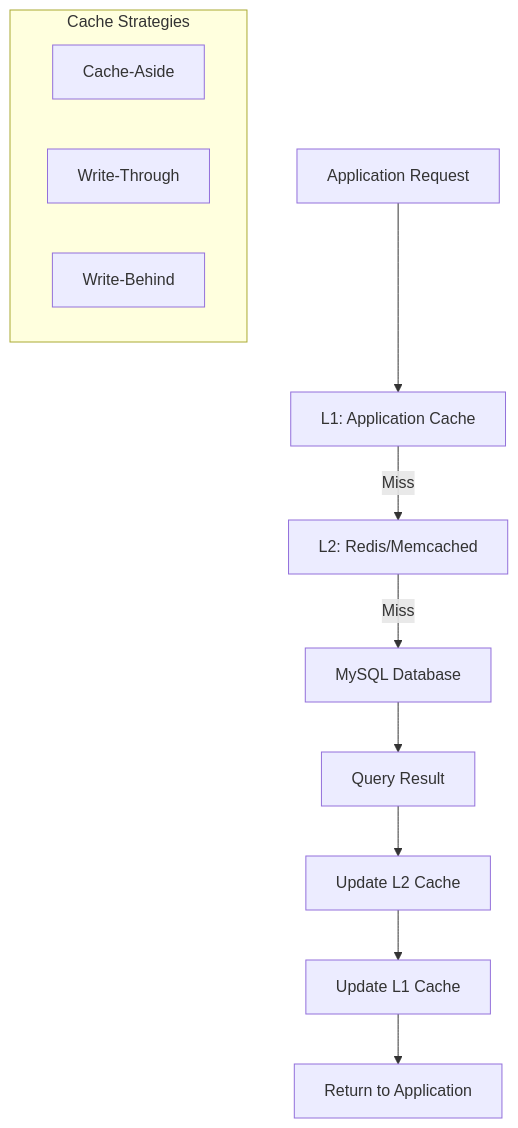
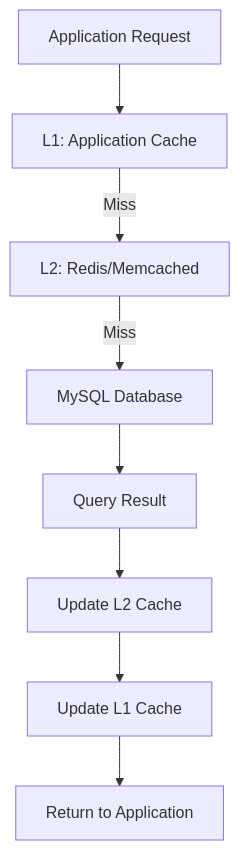
The tenth of 11 diagrams in source/_posts/MySQL-Performance-Optimization-Complete-Guide.md (shayne007/blog), drawn with Mermaid before and after one commit. The commit also changed 5 other files, not shown here.

```diff
--- a/source/_posts/MySQL-Performance-Optimization-Complete-Guide.md
+++ b/source/_posts/MySQL-Performance-Optimization-Complete-Guide.md
@@ -602,16 +601,11 @@
 {% mermaid flowchart TD %}
     A[Application Request] --> B[L1: Application Cache]
     B -->|Miss| C[L2: Redis/Memcached]
     C -->|Miss| D[MySQL Database]
     
     D --> E[Query Result]
     E --> F[Update L2 Cache]
     F --> G[Update L1 Cache]
     G --> H[Return to Application]
     
-    subgraph "Cache Strategies"
-        I[Cache-Aside]
-        J[Write-Through]
-        K[Write-Behind]
-    end
 {% endmermaid %}
```
